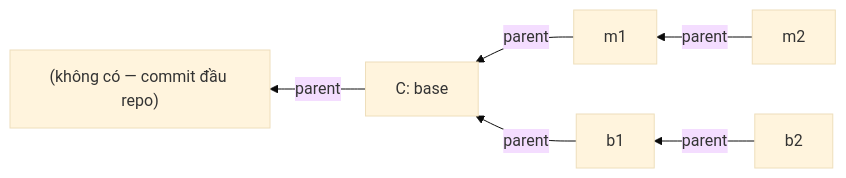
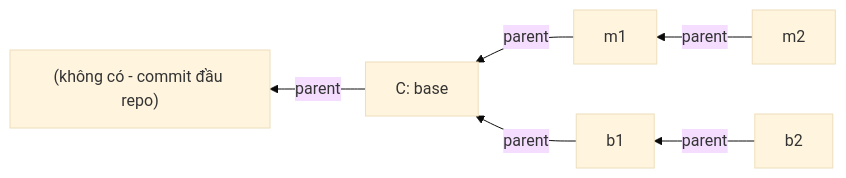
One commit to hieplam/memo changed the fourth of 12 diagrams in src/content/posts/git-internals-commit-object-va-4-kieu-merge.md. Above: the diagram before and after it, drawn with Mermaid (base theme). The commit also changed other lines of this file and 131 other files, not shown here.

````diff
--- a/src/content/posts/git-internals-commit-object-va-4-kieu-merge.md
+++ b/src/content/posts/git-internals-commit-object-va-4-kieu-merge.md
@@ -213,6 +213,6 @@
 ```mermaid
 flowchart RL
   M2["m2"] -->|parent| M1["m1"] -->|parent| C["C: base"]
   B2["b2"] -->|parent| B1["b1"] -->|parent| C
-  C -->|parent| NULL["(không có — commit đầu repo)"]
+  C -->|parent| NULL["(không có - commit đầu repo)"]
 ```
````
